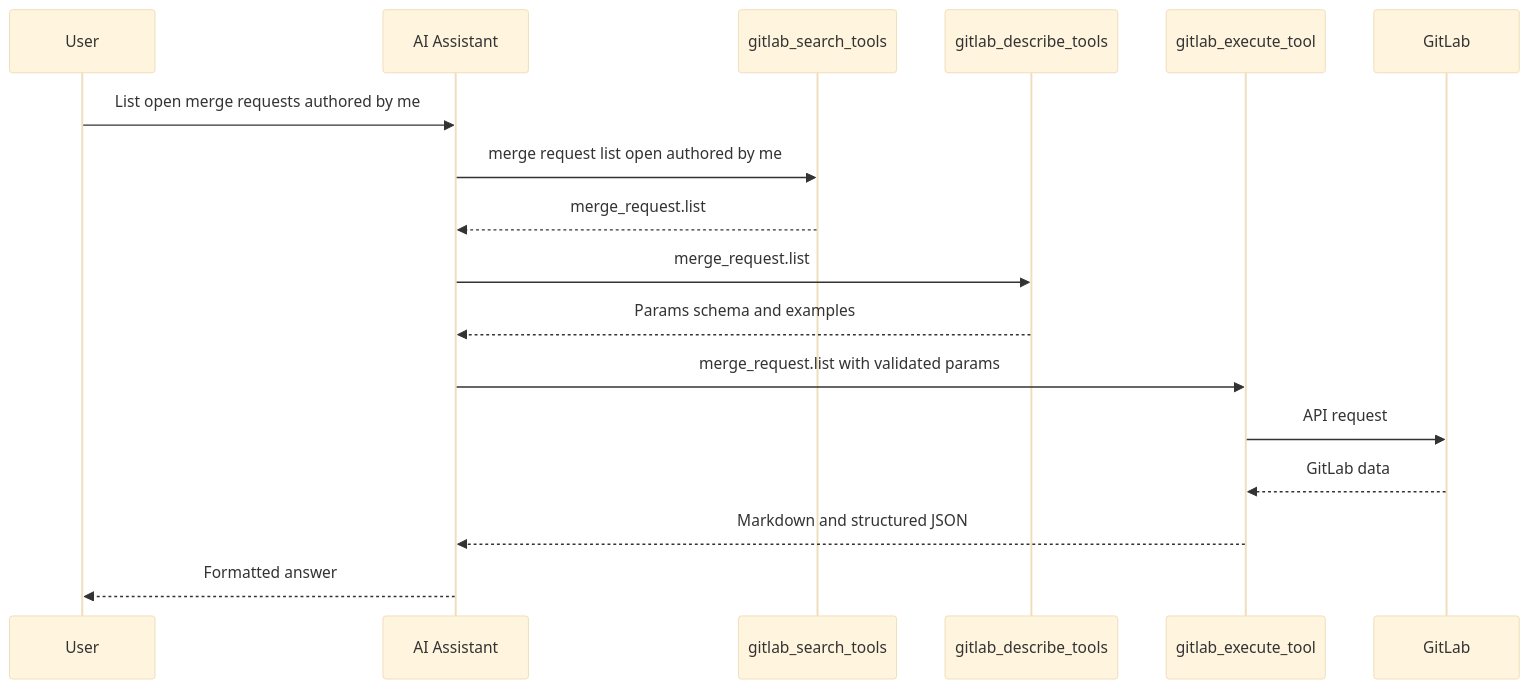
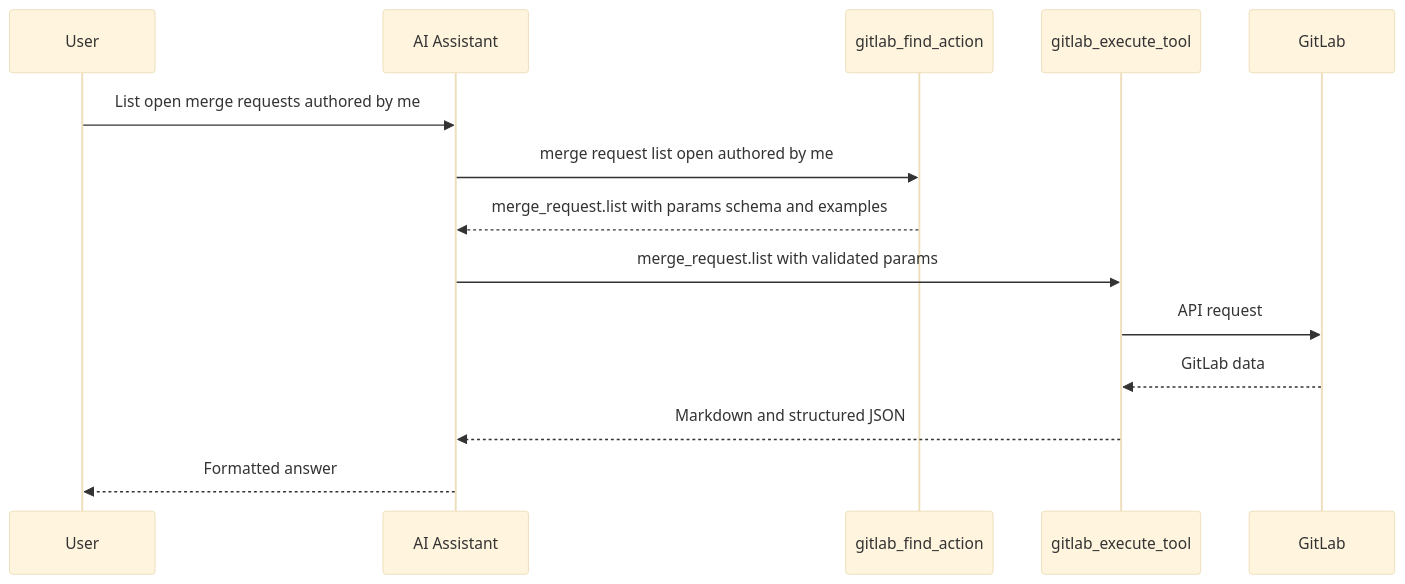
One commit to jmrplens/gitlab-mcp-server changed the second of 2 diagrams in site/src/content/docs/tools/dynamic-tools.mdx. Above: the diagram before and after it, drawn with Mermaid (base theme). The commit also changed other lines of this file and 179 other files, not shown here.

````diff
--- a/site/src/content/docs/tools/dynamic-tools.mdx
+++ b/site/src/content/docs/tools/dynamic-tools.mdx
@@ -88,20 +80,17 @@
 ```mermaid
 sequenceDiagram
     participant User
     participant AI as AI Assistant
-    participant Search as gitlab_search_tools
-    participant Describe as gitlab_describe_tools
+	participant Find as gitlab_find_action
     participant Execute as gitlab_execute_tool
     participant GitLab
 
     User->>AI: List open merge requests authored by me
-    AI->>Search: merge request list open authored by me
-    Search-->>AI: merge_request.list
-    AI->>Describe: merge_request.list
-    Describe-->>AI: Params schema and examples
+	AI->>Find: merge request list open authored by me
+	Find-->>AI: merge_request.list with params schema and examples
     AI->>Execute: merge_request.list with validated params
     Execute->>GitLab: API request
     GitLab-->>Execute: GitLab data
     Execute-->>AI: Markdown and structured JSON
     AI-->>User: Formatted answer
 ```
````
